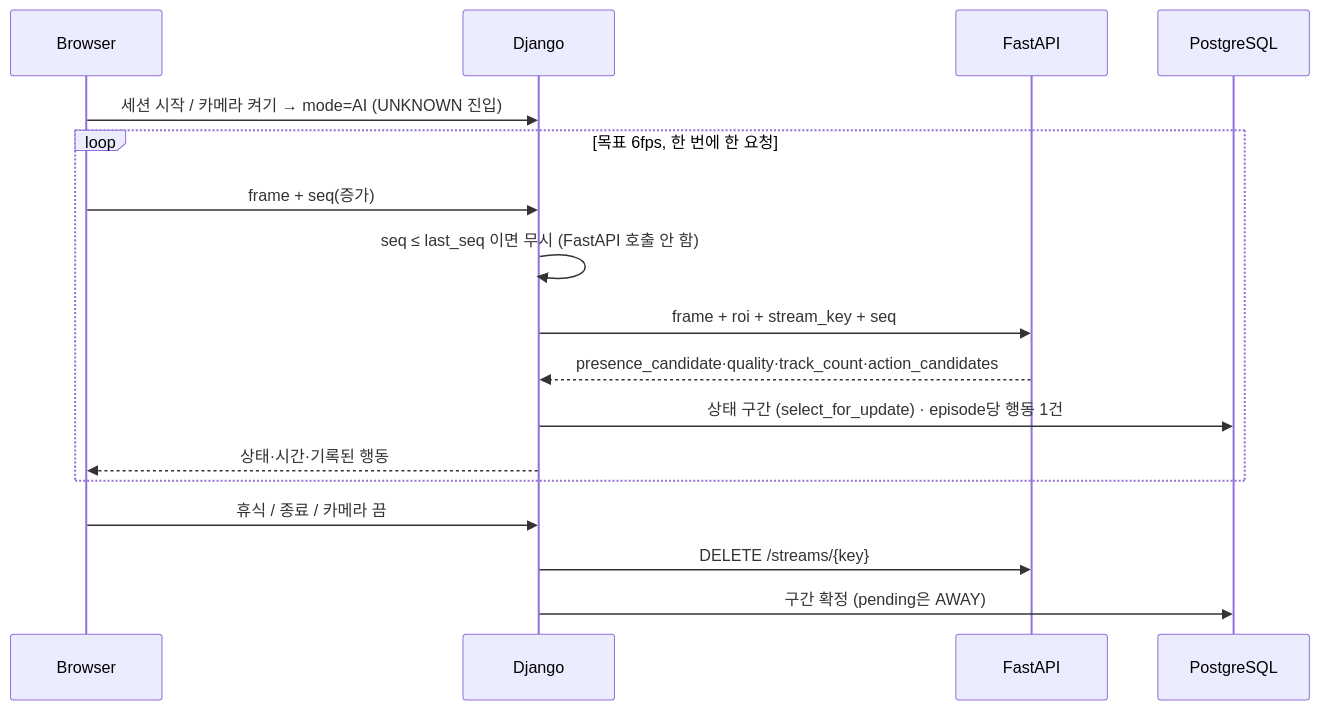
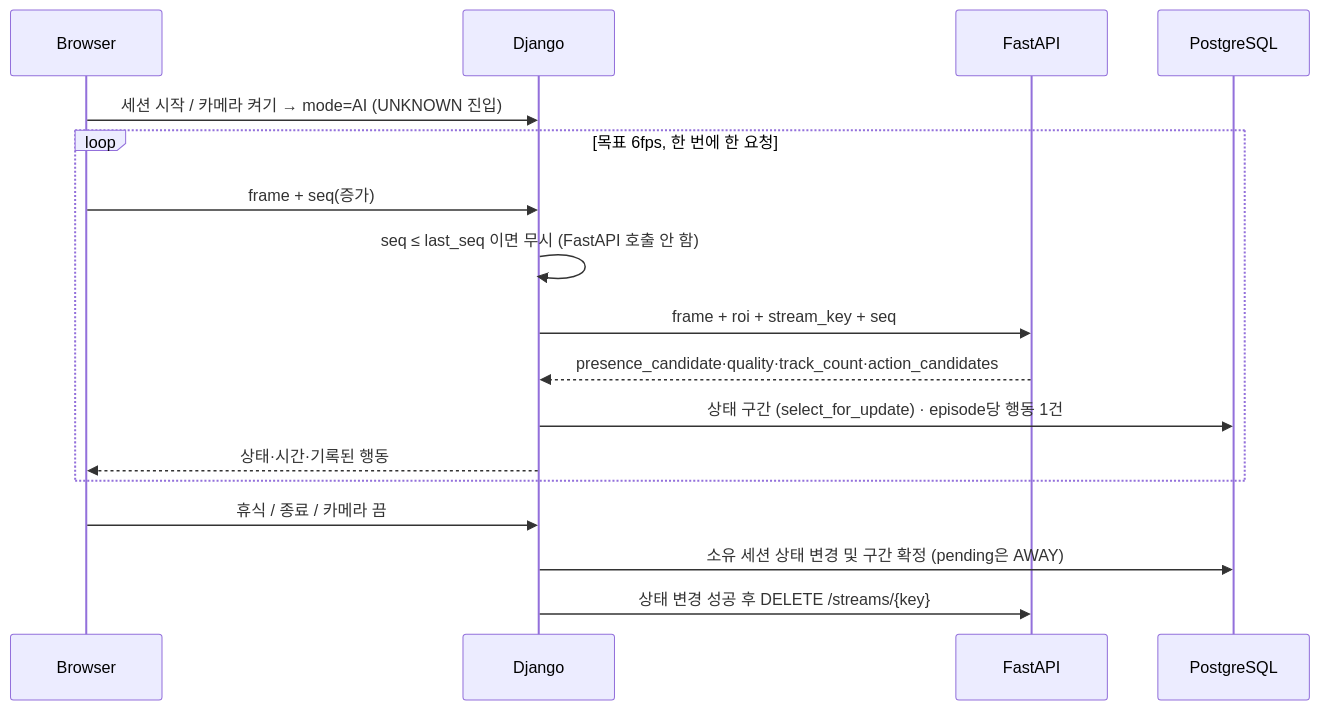
The fourth of 6 diagrams in docs/ARCHITECTURE.md (HanaPark-lab/desk-habit-coach), drawn with Mermaid before and after one commit. The commit also changed other lines of this file and 1 other file, not shown here.

Commit message:
docs: update system architecture and database design

````diff
--- a/docs/ARCHITECTURE.md
+++ b/docs/ARCHITECTURE.md
@@ -96,19 +96,19 @@
 ```mermaid
 sequenceDiagram
  participant B as Browser
  participant D as Django
  participant F as FastAPI
  participant P as PostgreSQL
  B->>D: 세션 시작 / 카메라 켜기 → mode=AI (UNKNOWN 진입)
  loop 목표 6fps, 한 번에 한 요청
  B->>D: frame + seq(증가)
  D->>D: seq ≤ last_seq 이면 무시 (FastAPI 호출 안 함)
  D->>F: frame + roi + stream_key + seq
  F-->>D: presence_candidate·quality·track_count·action_candidates
  D->>P: 상태 구간 (select_for_update) · episode당 행동 1건
  D-->>B: 상태·시간·기록된 행동
  end
  B->>D: 휴식 / 종료 / 카메라 끔
- D->>F: DELETE /streams/{key}
- D->>P: 구간 확정 (pending은 AWAY)
+ D->>P: 소유 세션 상태 변경 및 구간 확정 (pending은 AWAY)
+ D->>F: 상태 변경 성공 후 DELETE /streams/{key}
 ```
````
